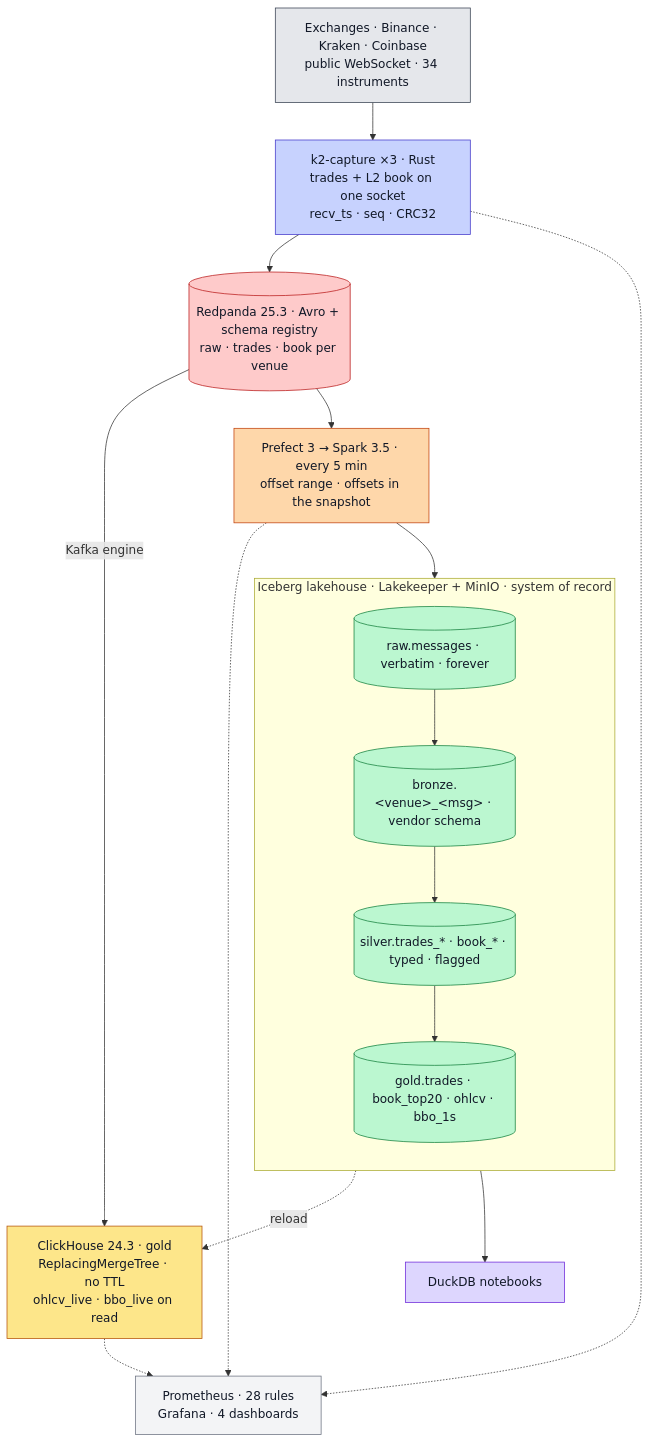
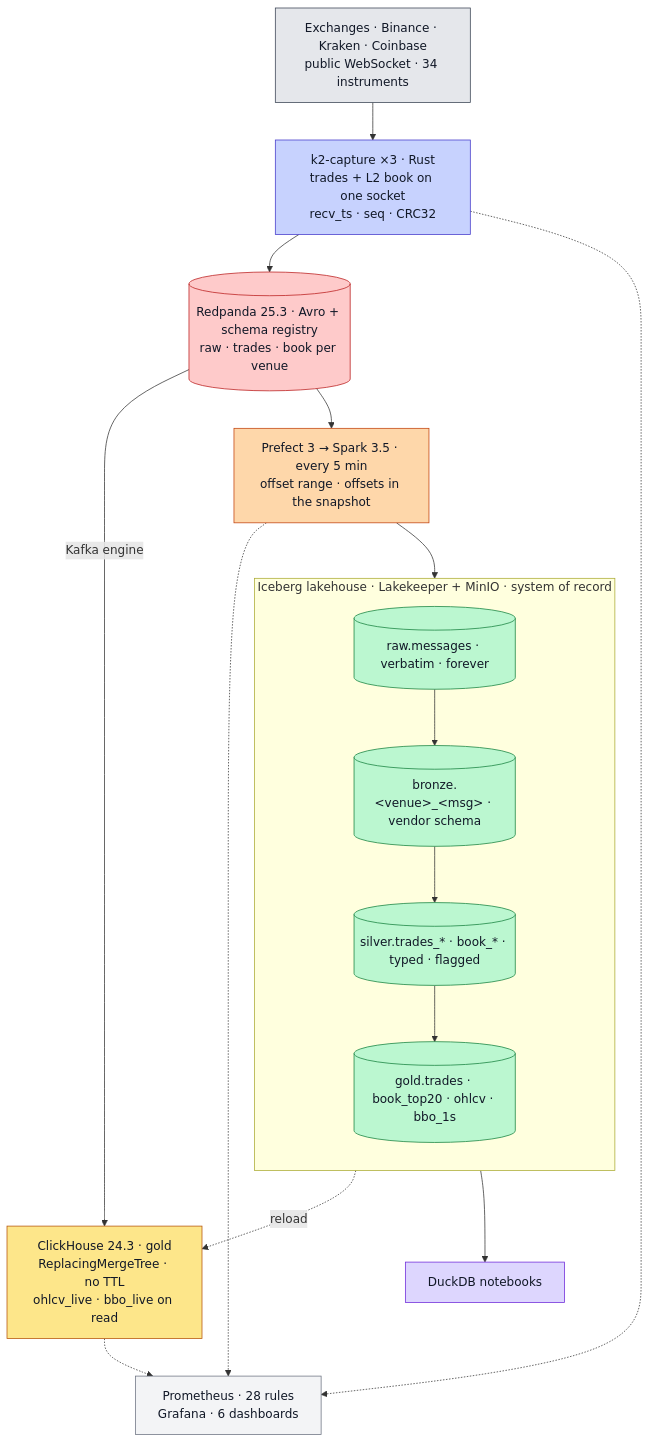
One commit to rjdscott/k2-market-data-platform changed the diagram in README.md. Above: the diagram before and after it, drawn with Mermaid. The commit also changed 6 other files, not shown here.

````diff
--- a/README.md
+++ b/README.md
@@ -45,34 +45,34 @@
 ```mermaid
 flowchart TB
   E["Exchanges · Binance · Kraken · Coinbase<br/>public WebSocket · 34 instruments"]:::ex
   F["k2-capture ×3 · Rust<br/>trades + L2 book on one socket<br/>recv_ts · seq · CRC32"]:::rs
   R[("Redpanda 25.3 · Avro + schema registry<br/>raw · trades · book per venue")]:::rp
   C["ClickHouse 24.3 · gold<br/>ReplacingMergeTree · no TTL<br/>ohlcv_live · bbo_live on read"]:::ch
   S["Prefect 3 → Spark 3.5 · every 5 min<br/>offset range · offsets in the snapshot"]:::sp
   subgraph L["Iceberg lakehouse · Lakekeeper + MinIO · system of record"]
     direction TB
     RAW[("raw.messages · verbatim · forever")]:::lk
     BR[("bronze.&lt;venue&gt;_&lt;msg&gt; · vendor schema")]:::lk
     SV[("silver.trades_* · book_* · typed · flagged")]:::lk
     GD[("gold.trades · book_top20 · ohlcv · bbo_1s")]:::lk
     RAW --> BR --> SV --> GD
   end
   N["DuckDB notebooks"]:::nb
-  O["Prometheus · 28 rules<br/>Grafana · 4 dashboards"]:::ob
+  O["Prometheus · 28 rules<br/>Grafana · 6 dashboards"]:::ob
 
   E --> F --> R
   R -->|Kafka engine| C
   R --> S --> RAW
   GD -.->|reload| C
   GD --> N
   F & S & C -.-> O
 
   classDef ex fill:#e5e7eb,stroke:#374151,color:#111827
   classDef rs fill:#c7d2fe,stroke:#4338ca,color:#111827
   classDef rp fill:#fecaca,stroke:#b91c1c,color:#111827
   classDef lk fill:#bbf7d0,stroke:#15803d,color:#111827
   classDef sp fill:#fed7aa,stroke:#c2410c,color:#111827
   classDef ch fill:#fde68a,stroke:#b45309,color:#111827
   classDef nb fill:#ddd6fe,stroke:#6d28d9,color:#111827
   classDef ob fill:#f3f4f6,stroke:#6b7280,color:#111827
 ```
````
